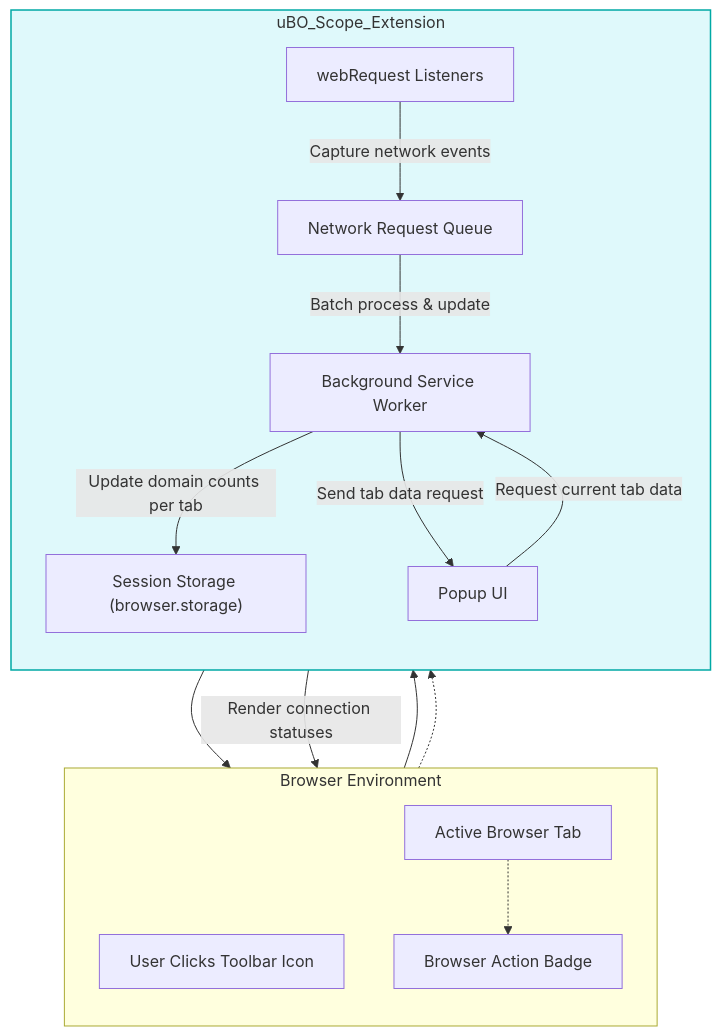
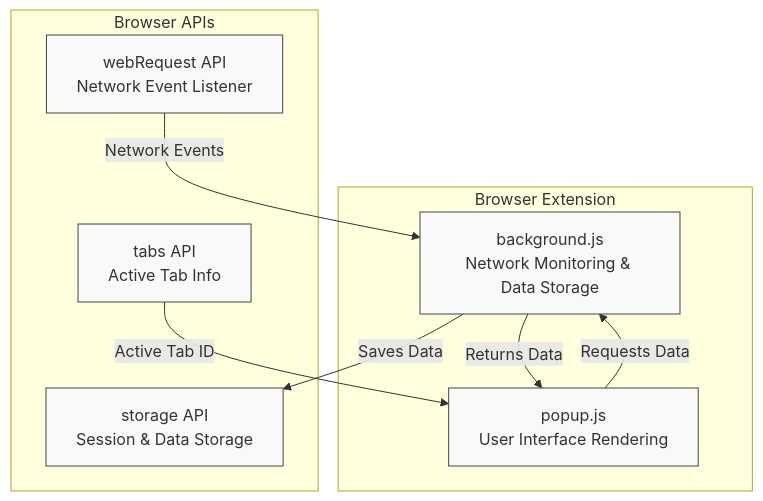
One commit to clidey/docucod-public-project-adf15a81-508f-4f0d-9083-12549e1f66a0 changed the diagram in overview/core-concepts-architecture/architecture-overview.mdx. Above: the diagram before and after it, drawn with Mermaid. The commit also changed other lines of this file and 19 other files, not shown here.

````diff
--- a/overview/core-concepts-architecture/architecture-overview.mdx
+++ b/overview/core-concepts-architecture/architecture-overview.mdx
@@ -72,38 +33,24 @@
 ```mermaid
 flowchart TD
 
-  subgraph Browser Environment
-    direction TB
-    User["User Clicks Toolbar Icon"]
-    Tab["Active Browser Tab"]
-    Badge["Browser Action Badge"]
+  subgraph Browser Extension
+    BG["background.js<br>Network Monitoring & Data Storage"]
+    POP["popup.js<br>User Interface Rendering"]
   end
 
-  subgraph uBO_Scope_Extension
-    direction TB
-
-    SW["Background Service Worker"]
-    WebReqListener["webRequest Listeners"]
-    NetworkQueue["Network Request Queue"]
-    SessionStorage["Session Storage (browser.storage)"]
-    PopupUI["Popup UI"]
+  subgraph Browser APIs
+    WREQ["webRequest API<br>Network Event Listener"]
+    STORAGE["storage API<br>Session & Data Storage"]
+    TAB["tabs API<br>Active Tab Info"]
   end
 
-  User --> PopupUI
-  Tab -.-> WebReqListener
-  Tab -.-> Badge
-  WebReqListener -->|Capture network events| NetworkQueue
-  NetworkQueue -->|Batch process & update| SW
-  SW -->|Update domain counts per tab| SessionStorage
-  SW -->|Send tab data request| PopupUI
-  SW --> Badge
-  PopupUI -->|Request current tab data| SW
-  PopupUI -->|Render connection statuses| User
+  WREQ -->|Network Events| BG
+  BG -->|Saves Data| STORAGE
+  POP -->|Requests Data| BG
+  BG -->|Returns Data| POP
+  TAB -->|Active Tab ID| POP
 
-  %% Styling for clarity
-  classDef ext fill:#dff9fb,stroke:#00a9a5,stroke-width:1.5px
-  class uBO_Scope_Extension ext
 
-  classDef browser fill:#f0f3bd,stroke:#a6c84c,stroke-width:1.5px
-  class Browser_Environment browser
+  classDef box fill:#f9f9f9,stroke:#444,stroke-width:1px;
+  class BG,POP,WREQ,STORAGE,TAB box;
 ```
````
